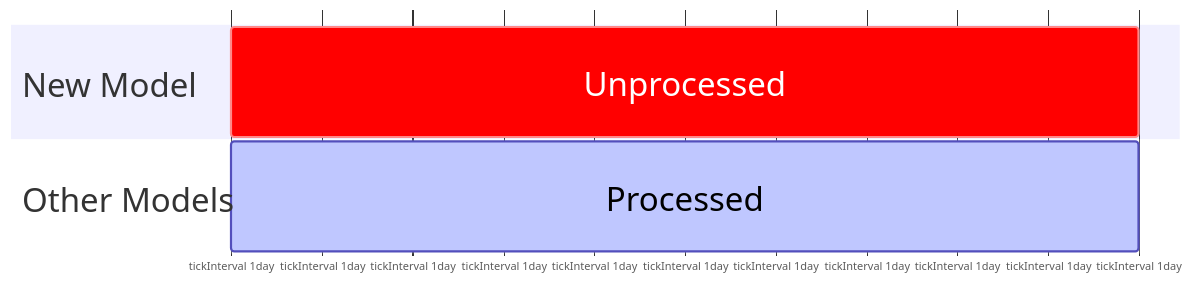
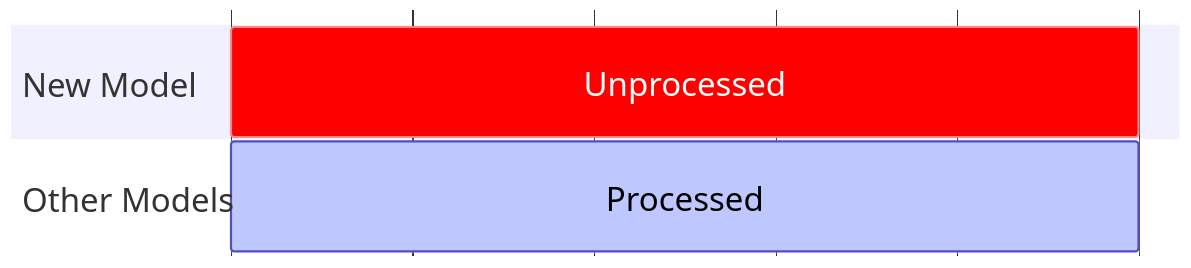
One commit to snowplow/documentation changed the first of 3 diagrams in docs/modeling-your-data/modeling-your-data-with-dbt/dbt-operation/backfilling/index.md. Above: the diagram before and after it, drawn with Mermaid. The commit also changed other lines of this file and 197 other files, not shown here.

````diff
--- a/docs/modeling-your-data/modeling-your-data-with-dbt/dbt-operation/backfilling/index.md
+++ b/docs/modeling-your-data/modeling-your-data-with-dbt/dbt-operation/backfilling/index.md
@@ -36,11 +34,12 @@
 ```mermaid
 %%{init: { 'gantt': {'barHeight': 100, 'fontSize': 30, 'sectionFontSize': 30, 'leftPadding': 200, 'numberSectionStyles':3, 'displayMode': 'compact'}}}%%
 gantt
     dateFormat  YYYY-MM-DD
-    axisFormat
+    %% This comment is here to trigger a git change when spaces at the end of lines are removed, do not do that on this page it is required for the axis formatting    
+    axisFormat  
     tickInterval 1day
     section New Model
     Unprocessed :crit, n1, 2020-01-01, 5d
     section Other Models
     Processed :active, a1, 2020-01-01, 5d
 ```
````
